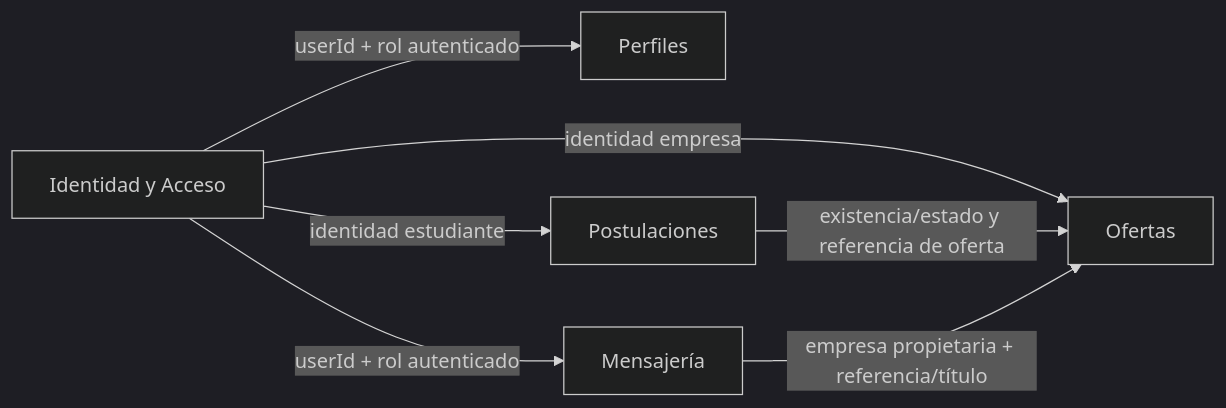
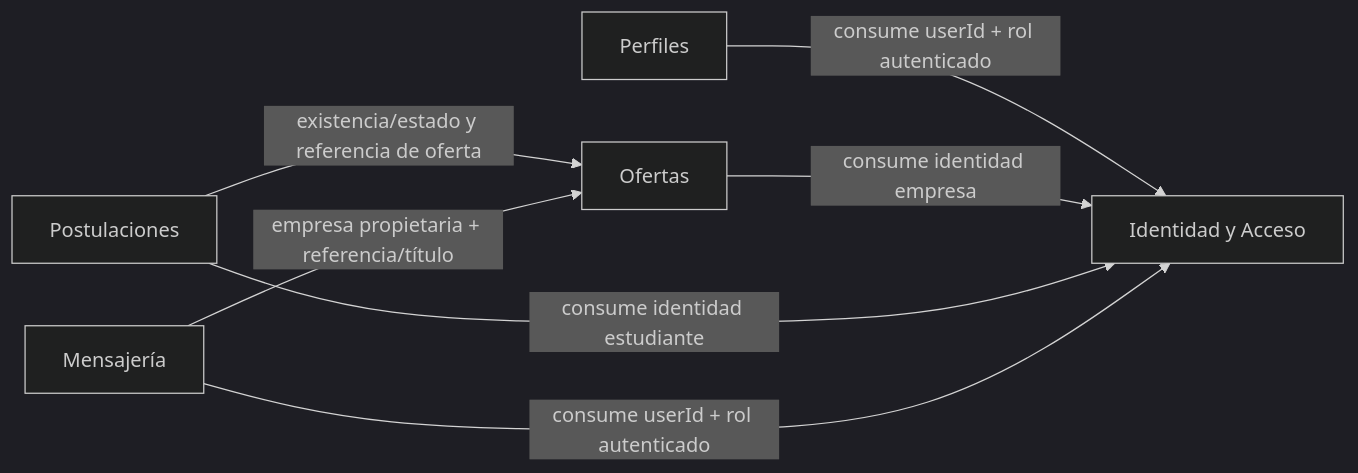
One commit to plantedseeker/Proyectlo_Arquitectura_software changed the diagram in docs/dominio/context-map.md. Above: the diagram before and after it, drawn with Mermaid (dark theme). The commit also changed other lines of this file and 8 other files, not shown here.

````diff
--- a/docs/dominio/context-map.md
+++ b/docs/dominio/context-map.md
@@ -5,16 +5,16 @@
 ```mermaid
 flowchart LR
     IAM["Identidad y Acceso"]
     PER["Perfiles"]
     JOB["Ofertas"]
     APP["Postulaciones"]
     MSG["Mensajería"]
 
-    IAM -->|"userId + rol autenticado"| PER
-    IAM -->|"identidad empresa"| JOB
-    IAM -->|"identidad estudiante"| APP
-    IAM -->|"userId + rol autenticado"| MSG
+    PER -->|"consume userId + rol autenticado"| IAM
+    JOB -->|"consume identidad empresa"| IAM
+    APP -->|"consume identidad estudiante"| IAM
+    MSG -->|"consume userId + rol autenticado"| IAM
 
     APP -->|"existencia/estado y referencia de oferta"| JOB
     MSG -->|"empresa propietaria + referencia/título"| JOB
 ```
````
